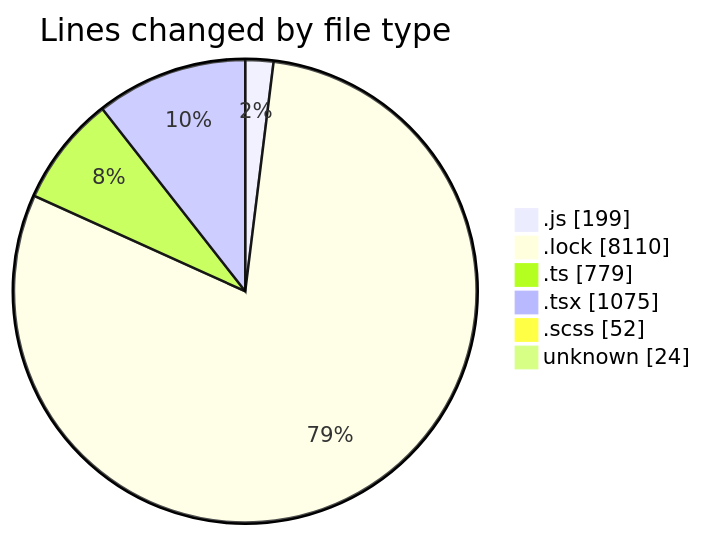
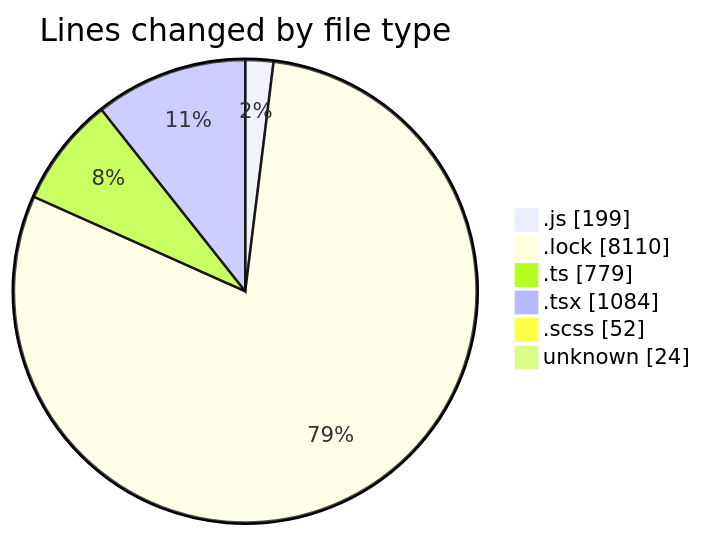
One commit to momahboobian/code-tracking changed the first of 2 diagrams in 2025-02-07/cda/README.md. Above: the diagram before and after it, drawn with Mermaid. The commit also changed other lines of this file and 1 other file, not shown here.

````diff
--- a/2025-02-07/cda/README.md
+++ b/2025-02-07/cda/README.md
@@ -57,10 +57,10 @@
 ```mermaid
 pie showData
 title Lines changed by file type
 ".js" : 199
 ".lock" : 8110
 ".ts" : 779
-".tsx" : 1075
+".tsx" : 1084
 ".scss" : 52
 "unknown" : 24
 ```
````
